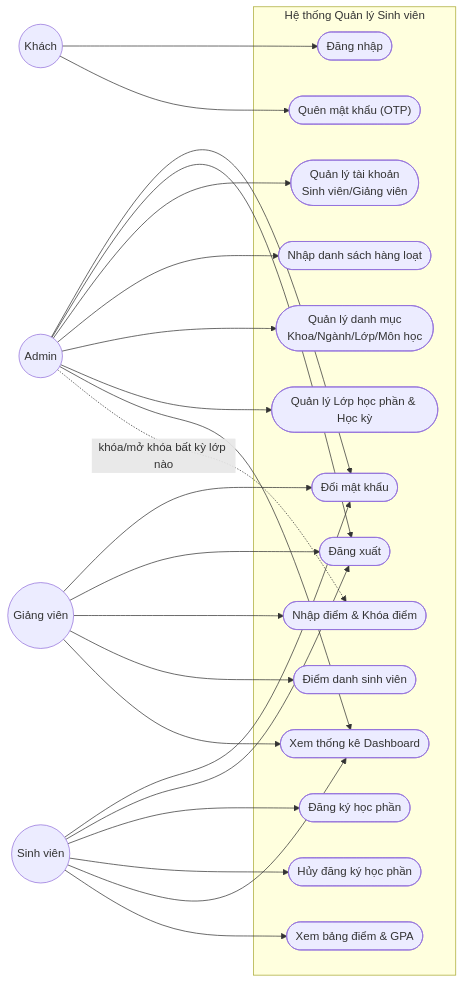
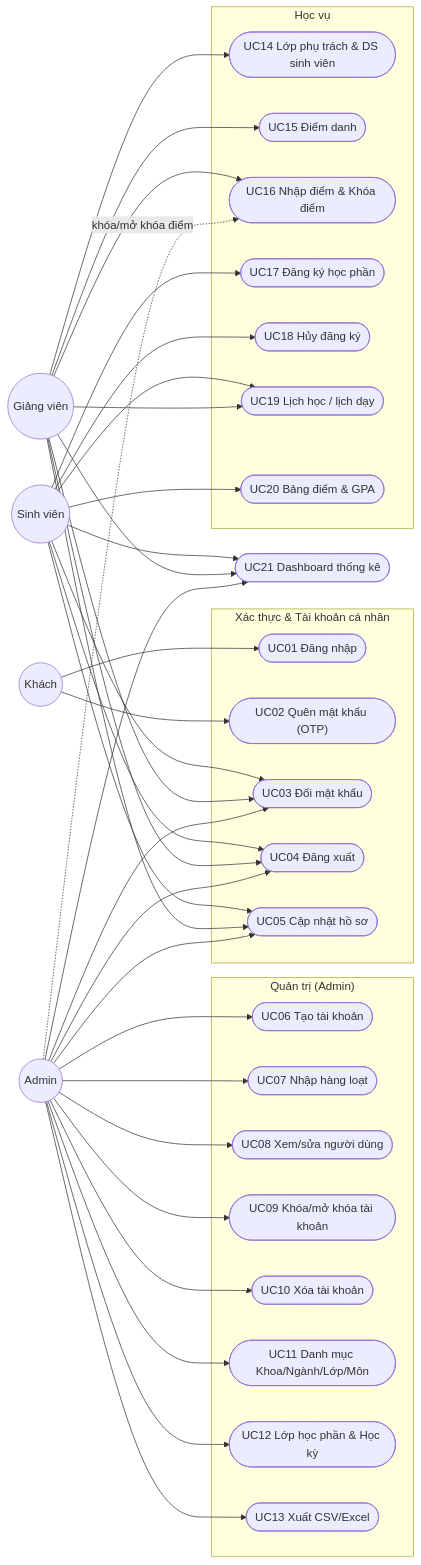
One commit to tungns0804/Education_Management changed the diagram in documents/03-usecase-nghiep-vu.md. Above: the diagram before and after it, drawn with Mermaid. The commit also changed other lines of this file and 30 other files, not shown here.

````diff
--- a/documents/03-usecase-nghiep-vu.md
+++ b/documents/03-usecase-nghiep-vu.md
@@ -18,49 +44,54 @@
 ```mermaid
 flowchart LR
     Guest(("Khách"))
     Admin(("Admin"))
     Teacher(("Giảng viên"))
     Student(("Sinh viên"))
 
-    subgraph SYS["Hệ thống Quản lý Sinh viên"]
-        UC1(["Đăng nhập"])
-        UC2(["Quên mật khẩu (OTP)"])
-        UC3(["Đổi mật khẩu"])
-        UC4(["Đăng xuất"])
-        UC5(["Quản lý tài khoản<br/>Sinh viên/Giảng viên"])
-        UC6(["Nhập danh sách hàng loạt"])
-        UC7(["Quản lý danh mục<br/>Khoa/Ngành/Lớp/Môn học"])
-        UC7b(["Quản lý Lớp học phần & Học kỳ"])
-        UC8(["Đăng ký học phần"])
-        UC9(["Hủy đăng ký học phần"])
-        UC10(["Nhập điểm & Khóa điểm"])
-        UC11(["Điểm danh sinh viên"])
-        UC12(["Xem thống kê Dashboard"])
-        UC13(["Xem bảng điểm & GPA"])
+    subgraph AUTH["Xác thực & Tài khoản cá nhân"]
+        UC1(["UC01 Đăng nhập"])
+        UC2(["UC02 Quên mật khẩu (OTP)"])
+        UC3(["UC03 Đổi mật khẩu"])
+        UC4(["UC04 Đăng xuất"])
+        UC5(["UC05 Cập nhật hồ sơ"])
     end
+
+    subgraph ADM["Quản trị (Admin)"]
+        UC6(["UC06 Tạo tài khoản"])
+        UC7(["UC07 Nhập hàng loạt"])
+        UC8(["UC08 Xem/sửa người dùng"])
+        UC9(["UC09 Khóa/mở khóa tài khoản"])
+        UC10(["UC10 Xóa tài khoản"])
+        UC11(["UC11 Danh mục Khoa/Ngành/Lớp/Môn"])
+        UC12(["UC12 Lớp học phần & Học kỳ"])
+        UC13(["UC13 Xuất CSV/Excel"])
+    end
+
+    subgraph HV["Học vụ"]
+        UC14(["UC14 Lớp phụ trách & DS sinh viên"])
+        UC15(["UC15 Điểm danh"])
+        UC16(["UC16 Nhập điểm & Khóa điểm"])
+        UC17(["UC17 Đăng ký học phần"])
+        UC18(["UC18 Hủy đăng ký"])
+        UC19(["UC19 Lịch học / lịch dạy"])
+        UC20(["UC20 Bảng điểm & GPA"])
+    end
+
+    UC21(["UC21 Dashboard thống kê"])
 
     Guest --> UC1
     Guest --> UC2
 
-    Admin --> UC3
-    Admin --> UC4
-    Admin --> UC5
-    Admin --> UC6
-    Admin --> UC7
-    Admin --> UC7b
-    Admin --> UC12
-    Admin -.->|"khóa/mở khóa bất kỳ lớp nào"| UC10
+    Admin --> UC3 & UC4 & UC5
+    Admin --> UC6 & UC7 & UC8 & UC9 & UC10 & UC11 & UC12 & UC13
+    Admin -.->|"khóa/mở khóa điểm"| UC16
+    Admin --> UC21
 
-    Teacher --> UC3
-    Teacher --> UC4
-    Teacher --> UC10
-    Teacher --> UC11
-    Teacher --> UC12
+    Teacher --> UC3 & UC4 & UC5
+    Teacher --> UC14 & UC15 & UC16 & UC19
+    Teacher --> UC21
 
-    Student --> UC3
-    Student --> UC4
-    Student --> UC8
-    Student --> UC9
-    Student --> UC12
-    Student --> UC13
+    Student --> UC3 & UC4 & UC5
+    Student --> UC17 & UC18 & UC19 & UC20
+    Student --> UC21
 ```
````
